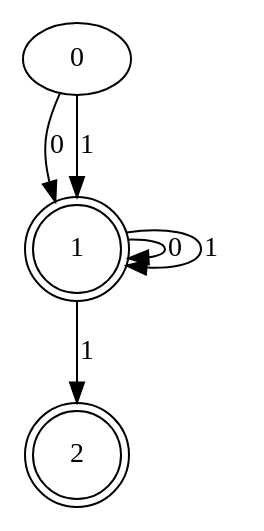
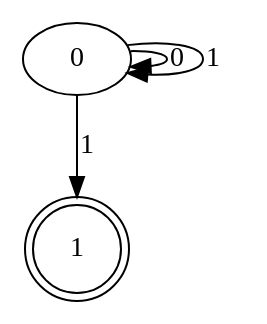
The diagram in output/nfa_output.dot (youssefa123/grepy), drawn with Graphviz before and after one commit. The commit also changed 2 other files, not shown here.

```diff
--- a/output/nfa_output.dot
+++ b/output/nfa_output.dot
@@ -1,30 +1,20 @@
 digraph {
-	graph [bb="0,0,98.5,229"];
+	graph [bb="0,0,103.5,132.5"];
 	node [label="\N"];
 	0	[height=0.5,
-		pos="27,211",
+		pos="27,114.5",
 		width=0.75];
+	0 -> 0	[label=0,
+		lp="75.375,114.5",
+		pos="e,53.795,110.36 53.795,118.64 63.78,118.78 72,117.4 72,114.5 72,112.83 69.253,111.66 65.005,111"];
+	0 -> 0	[label=1,
+		lp="93.375,114.5",
+		pos="e,52.229,107.18 52.229,121.82 71.041,124.37 90,121.93 90,114.5 90,108.58 77.961,105.83 63.551,106.24"];
 	1	[height=0.61111,
-		pos="27,118.5",
-		shape=doublecircle,
-		width=0.61111];
-	0 -> 1	[label=0,
-		lp="19.375,166.75",
-		pos="e,19.12,139.45 20.13,193.19 18.143,187.51 16.242,181.07 15.25,175 13.948,167.03 14.685,158.48 16.288,150.53"];
-	0 -> 1	[label=1,
-		lp="30.375,166.75",
-		pos="e,27,140.72 27,192.55 27,181.11 27,165.8 27,152.15"];
-	1 -> 1	[label=0,
-		lp="70.375,118.5",
-		pos="e,48.807,114.05 48.807,122.95 58.562,123.38 67,121.89 67,118.5 67,116.59 64.33,115.29 60.258,114.59"];
-	1 -> 1	[label=1,
-		lp="88.375,118.5",
-		pos="e,48.114,110.89 48.114,126.11 66.096,129.47 85,126.93 85,118.5 85,111.84 73.23,108.86 59.43,109.55"];
-	2	[height=0.61111,
 		pos="27,22",
 		shape=doublecircle,
 		width=0.61111];
-	1 -> 2	[label=1,
+	0 -> 1	[label=1,
 		lp="30.375,70.25",
-		pos="e,27,44.359 27,96.056 27,84.095 27,68.95 27,55.555"];
+		pos="e,27,44.218 27,96.051 27,84.609 27,69.297 27,55.647"];
 }
```
